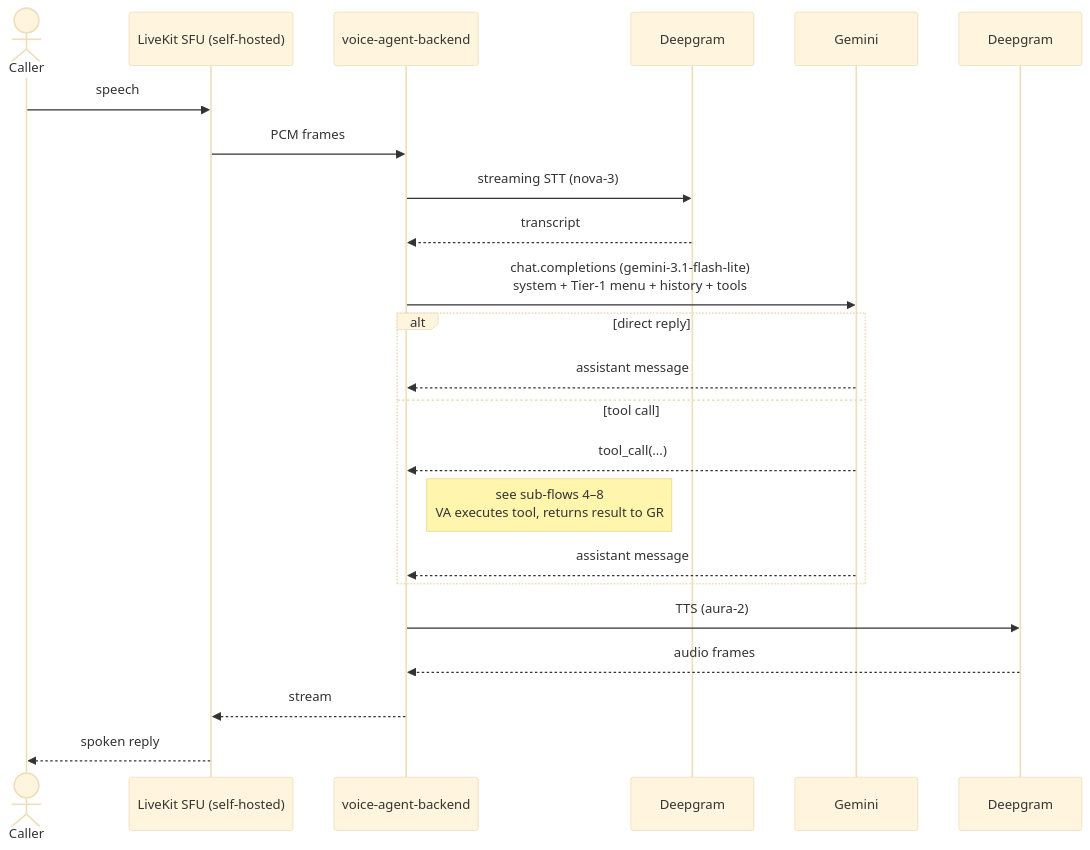
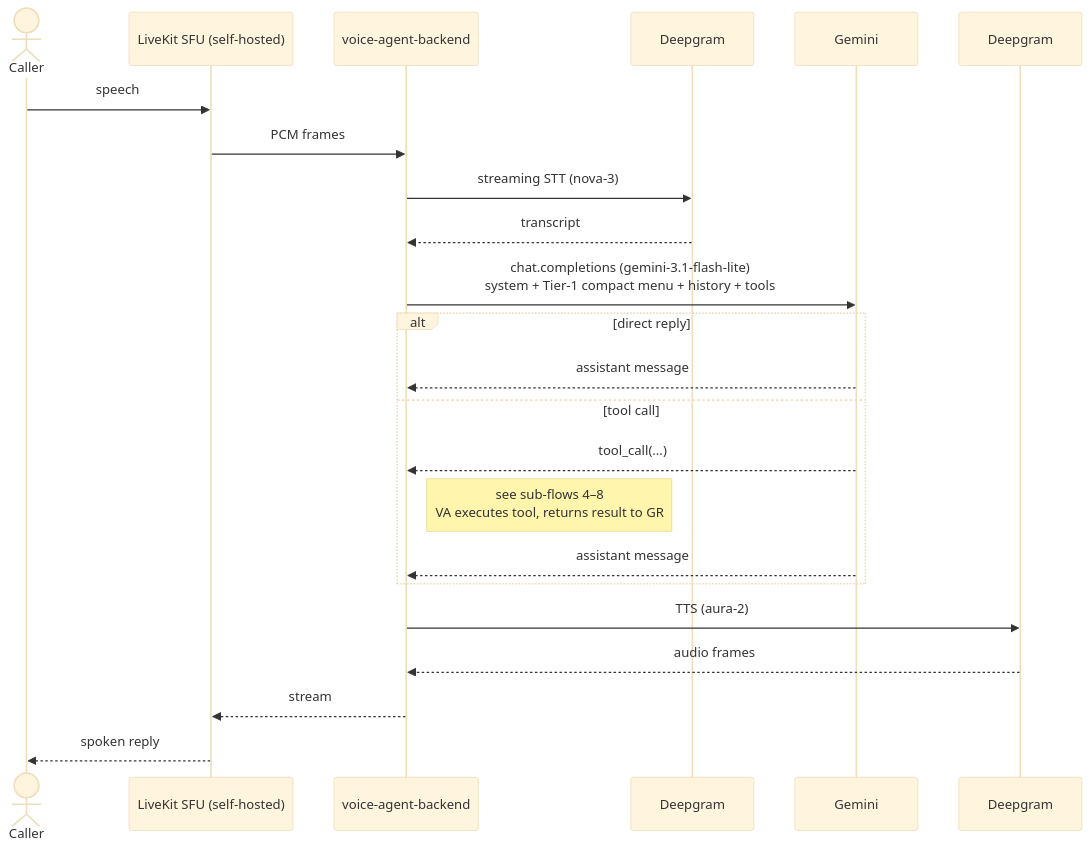
The third of 10 diagrams in docs/system-specification/sequence.md (voco-dine/org-wiki), drawn with Mermaid (base theme) before and after one commit. The commit also changed other lines of this file and 3 other files, not shown here.

````diff
--- a/docs/system-specification/sequence.md
+++ b/docs/system-specification/sequence.md
@@ -87,26 +90,26 @@
 ```mermaid
 sequenceDiagram
     actor Caller
     participant LK as LiveKit SFU (self-hosted)
     participant VA as voice-agent-backend
     participant DG as Deepgram
     participant GR as Gemini
     participant CT as Deepgram
 
     Caller->>LK: speech
     LK->>VA: PCM frames
     VA->>DG: streaming STT (nova-3)
     DG-->>VA: transcript
-    VA->>GR: chat.completions (gemini-3.1-flash-lite)<br/>system + Tier-1 menu + history + tools
+    VA->>GR: chat.completions (gemini-3.1-flash-lite)<br/>system + Tier-1 compact menu + history + tools
     alt direct reply
         GR-->>VA: assistant message
     else tool call
         GR-->>VA: tool_call(...)
         Note right of VA: see sub-flows 4–8<br/>VA executes tool, returns result to GR
         GR-->>VA: assistant message
     end
     VA->>CT: TTS (aura-2)
     CT-->>VA: audio frames
     VA-->>LK: stream
     LK-->>Caller: spoken reply
 ```
````
